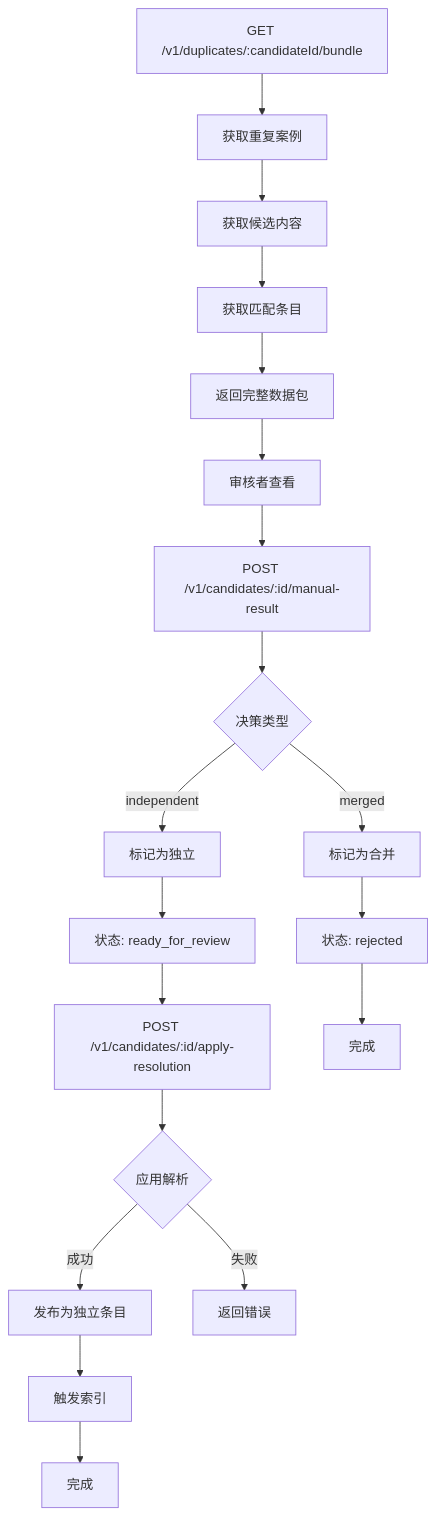
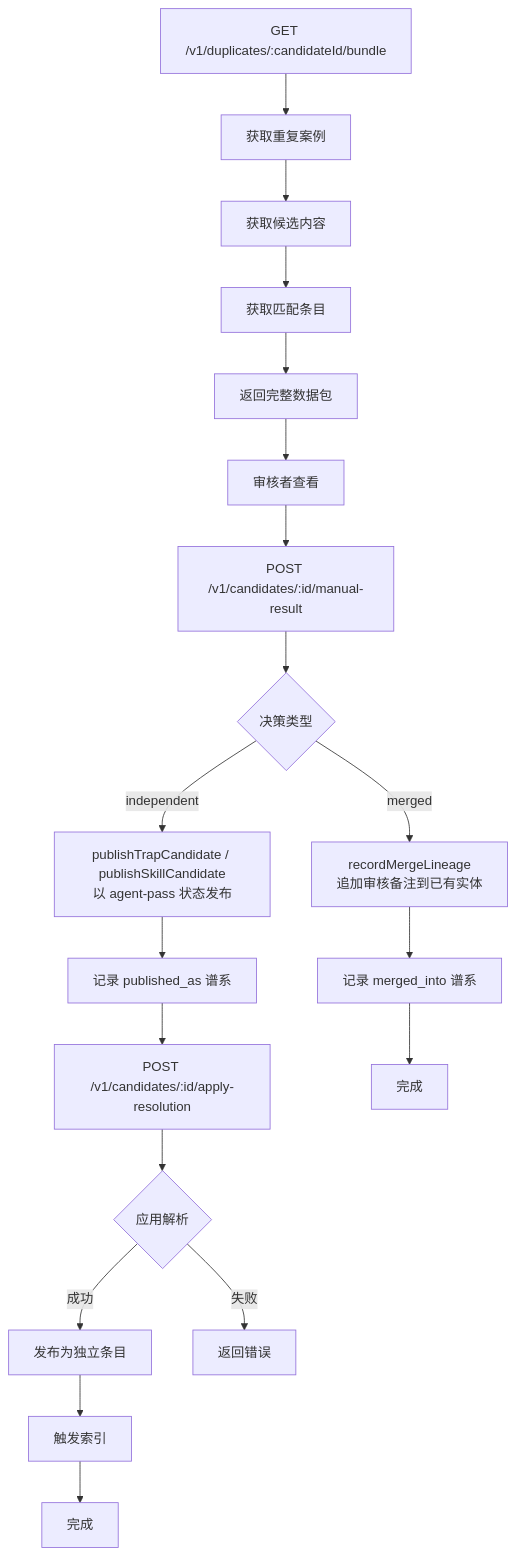
One commit to pofossette/TrapMap-for-vibing changed the fifth of 5 diagrams in docs/architecture/components/DEDUPLICATION.md. Above: the diagram before and after it, drawn with Mermaid. The commit also changed other lines of this file and 8 other files, not shown here.

````diff
--- a/docs/architecture/components/DEDUPLICATION.md
+++ b/docs/architecture/components/DEDUPLICATION.md
@@ -265,27 +280,27 @@
 ```mermaid
 flowchart TB
     A[GET /v1/duplicates/:candidateId/bundle] --> B[获取重复案例]
     B --> C[获取候选内容]
     C --> D[获取匹配条目]
     D --> E[返回完整数据包]
     
     E --> F[审核者查看]
     F --> G[POST /v1/candidates/:id/manual-result]
     
     G --> H{决策类型}
-    H -->|independent| I[标记为独立]
-    H -->|merged| J[标记为合并]
-    
-    I --> K[状态: ready_for_review]
-    J --> L[状态: rejected]
+    H -->|independent| I[publishTrapCandidate / publishSkillCandidate\n以 agent-pass 状态发布]
+    H -->|merged| J[recordMergeLineage\n追加审核备注到已有实体]
+
+    I --> K[记录 published_as 谱系]
+    J --> L[记录 merged_into 谱系]
     
     K --> M[POST /v1/candidates/:id/apply-resolution]
     L --> N[完成]
     
     M --> O{应用解析}
     O -->|成功| P[发布为独立条目]
     O -->|失败| Q[返回错误]
     
     P --> R[触发索引]
     R --> S[完成]
 ```
````
